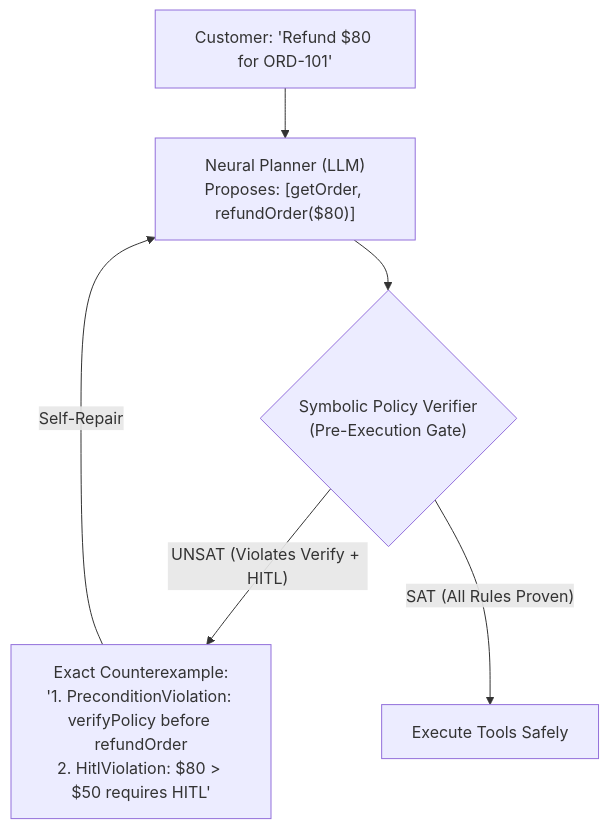
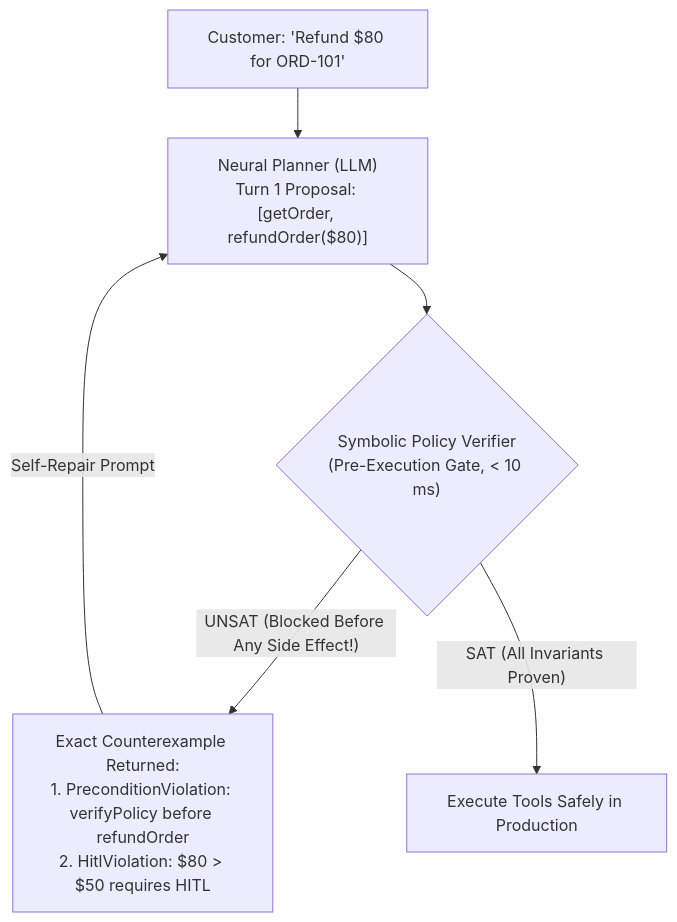
One commit to Amie-dev/FDE-and-GenAI-Mastery changed the first of 2 diagrams in Lecture 42 - Neuro-Symbolic Verification Z3 and GEPA/notes/04_Neuro_Symbolic_Verification_and_Deterministic_Invariants.md. Above: the diagram before and after it, drawn with Mermaid. The commit also changed other lines of this file and 92 other files, not shown here.

````diff
--- a/Lecture 42 - Neuro-Symbolic Verification Z3 and GEPA/notes/04_Neuro_Symbolic_Verification_and_Deterministic_Invariants.md
+++ b/Lecture 42 - Neuro-Symbolic Verification Z3 and GEPA/notes/04_Neuro_Symbolic_Verification_and_Deterministic_Invariants.md
@@ -37,8 +36,8 @@
 ```mermaid
 flowchart TD
-    Goal["Customer: 'Refund $80 for ORD-101'"] --> Neural["Neural Planner (LLM)<br/>Proposes: [getOrder, refundOrder($80)]"]
-    Neural --> Sym{"Symbolic Policy Verifier<br/>(Pre-Execution Gate)"}
-    Sym -->|"UNSAT (Violates Verify + HITL)"| Counter["Exact Counterexample:<br/>'1. PreconditionViolation: verifyPolicy before refundOrder<br/>2. HitlViolation: $80 > $50 requires HITL'"]
-    Counter -->|"Self-Repair"| Neural
-    Sym -->|"SAT (All Rules Proven)"| Exec["Execute Tools Safely"]
+    Goal["Customer: 'Refund $80 for ORD-101'"] --> Neural["Neural Planner (LLM)<br/>Turn 1 Proposal: [getOrder, refundOrder($80)]"]
+    Neural --> Sym{"Symbolic Policy Verifier<br/>(Pre-Execution Gate, < 10 ms)"}
+    Sym -->|"UNSAT (Blocked Before Any Side Effect!)"| Counter["Exact Counterexample Returned:<br/>1. PreconditionViolation: verifyPolicy before refundOrder<br/>2. HitlViolation: $80 > $50 requires HITL"]
+    Counter -->|"Self-Repair Prompt"| Neural
+    Sym -->|"SAT (All Invariants Proven)"| Exec["Execute Tools Safely in Production"]
 ```
````
